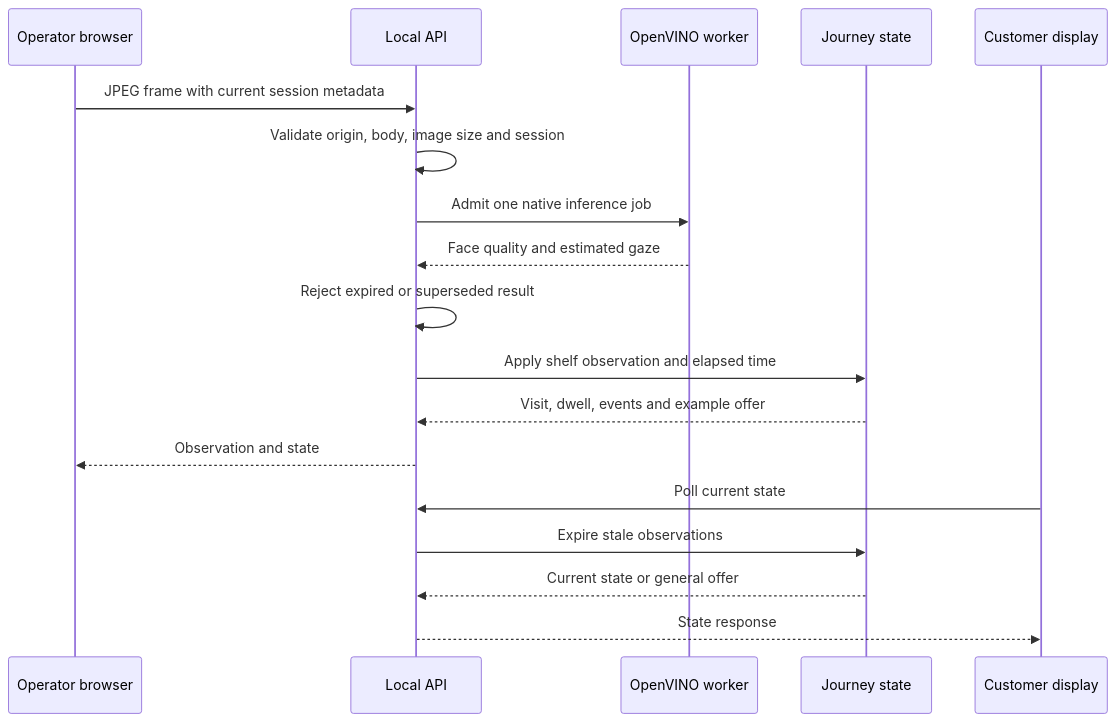
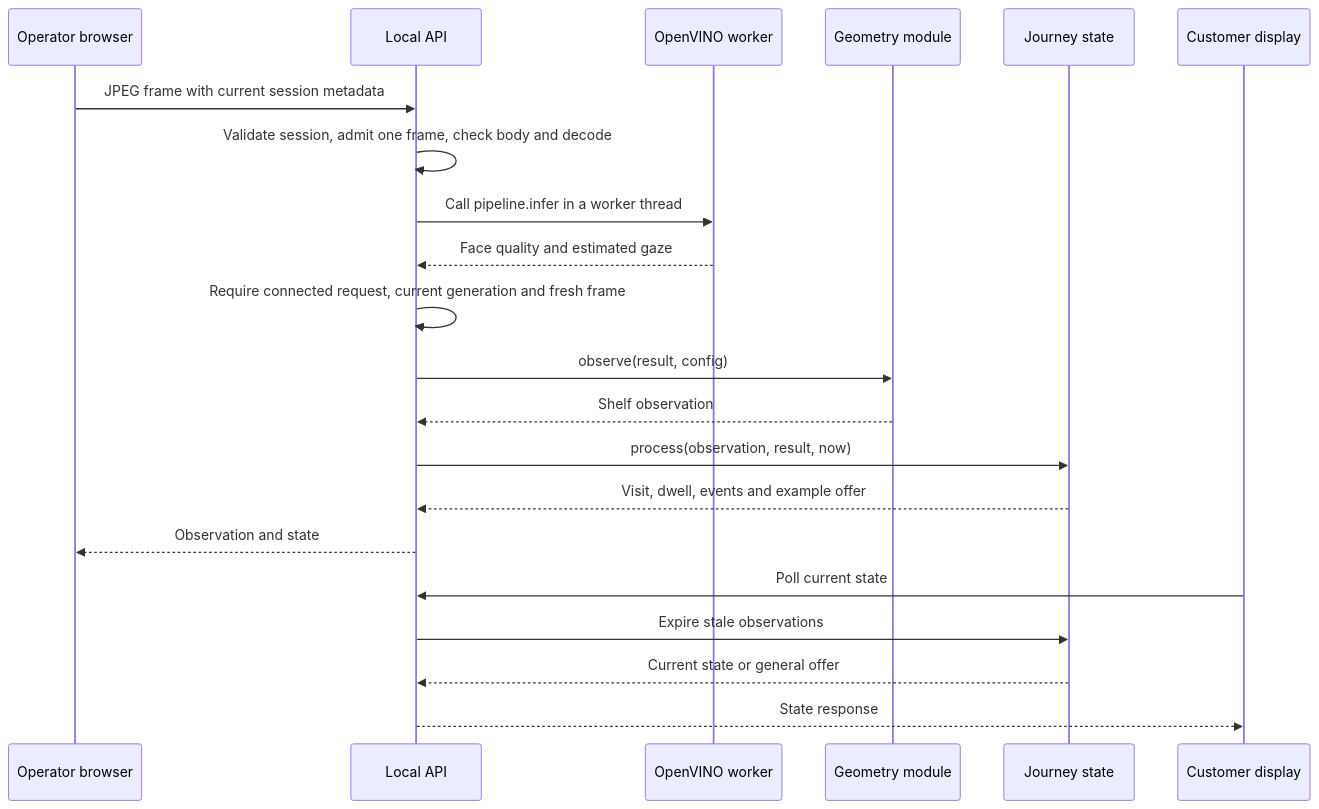
One commit to MasteraSnackin/trace-eat-hack changed the second of 2 diagrams in ARCHITECTURE.md. Above: the diagram before and after it, drawn with Mermaid. The commit also changed other lines of this file and 9 other files, not shown here.

Commit message:
docs: improve setup guidance and map the local architecture

````diff
--- a/ARCHITECTURE.md
+++ b/ARCHITECTURE.md
@@ -59,20 +88,23 @@
 ```mermaid
 sequenceDiagram
     participant O as Operator browser
     participant A as Local API
     participant V as OpenVINO worker
+    participant G as Geometry module
     participant J as Journey state
     participant D as Customer display
     O->>A: JPEG frame with current session metadata
-    A->>A: Validate origin, body, image size and session
-    A->>V: Admit one native inference job
+    A->>A: Validate session, admit one frame, check body and decode
+    A->>V: Call pipeline.infer in a worker thread
     V-->>A: Face quality and estimated gaze
-    A->>A: Reject expired or superseded result
-    A->>J: Apply shelf observation and elapsed time
+    A->>A: Require connected request, current generation and fresh frame
+    A->>G: observe(result, config)
+    G-->>A: Shelf observation
+    A->>J: process(observation, result, now)
     J-->>A: Visit, dwell, events and example offer
     A-->>O: Observation and state
     D->>A: Poll current state
     A->>J: Expire stale observations
     J-->>A: Current state or general offer
     A-->>D: State response
 ```
````
